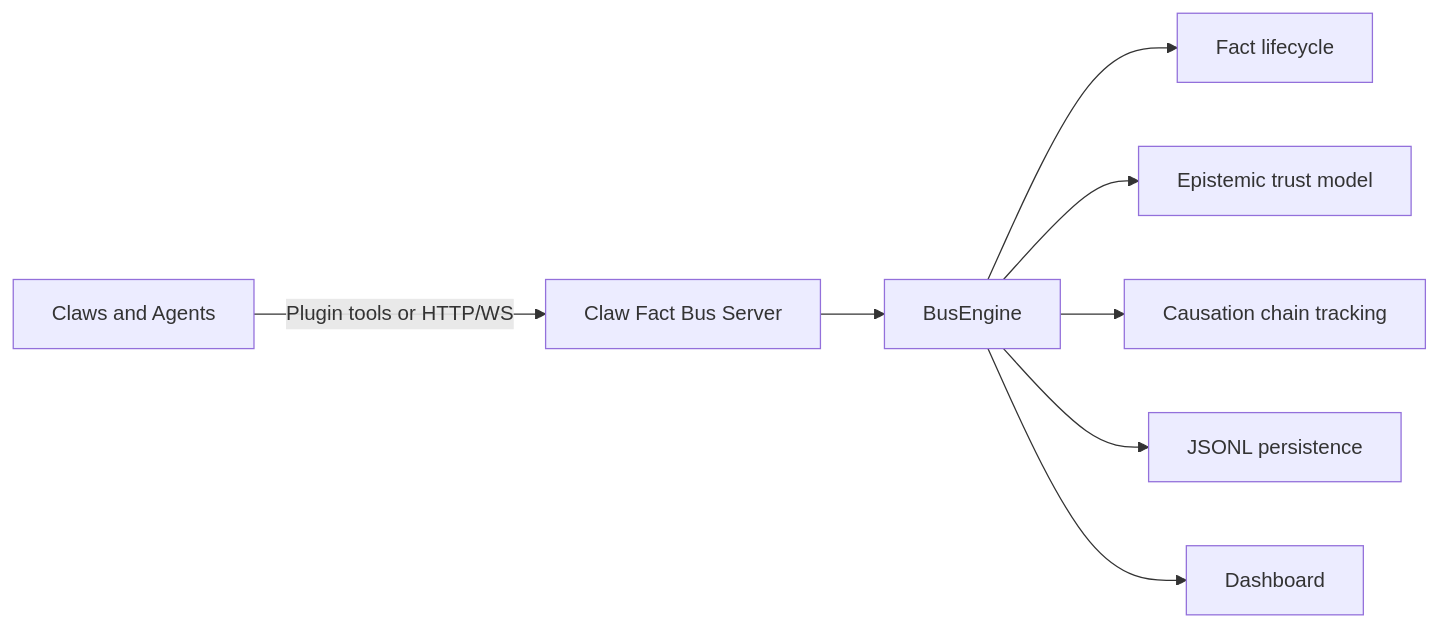
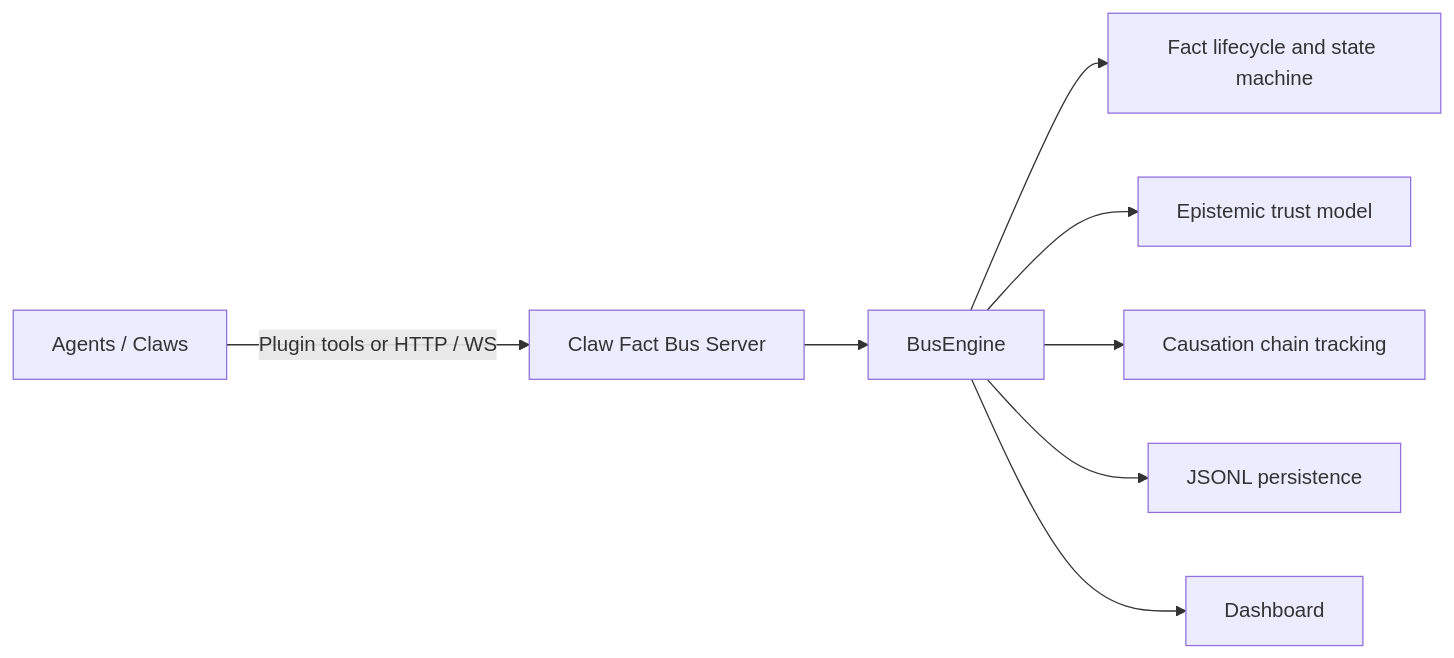
The diagram in README.md (YangKGcsdms/claw_fact_bus), drawn with Mermaid before and after one commit. The commit also changed other lines of this file and 8 other files, not shown here.

````diff
--- a/README.md
+++ b/README.md
@@ -66,10 +73,10 @@
 ```mermaid
 flowchart LR
-    Claws[Claws and Agents] -->|Plugin tools or HTTP/WS| Bus[Claw Fact Bus Server]
+    Claws[Agents / Claws] -->|Plugin tools or HTTP / WS| Bus[Claw Fact Bus Server]
     Bus --> Engine[BusEngine]
-    Engine --> Facts[Fact lifecycle]
+    Engine --> Facts[Fact lifecycle and state machine]
     Engine --> Trust[Epistemic trust model]
     Engine --> Causation[Causation chain tracking]
     Engine --> Store[JSONL persistence]
     Engine --> Dash[Dashboard]
 ```
````
